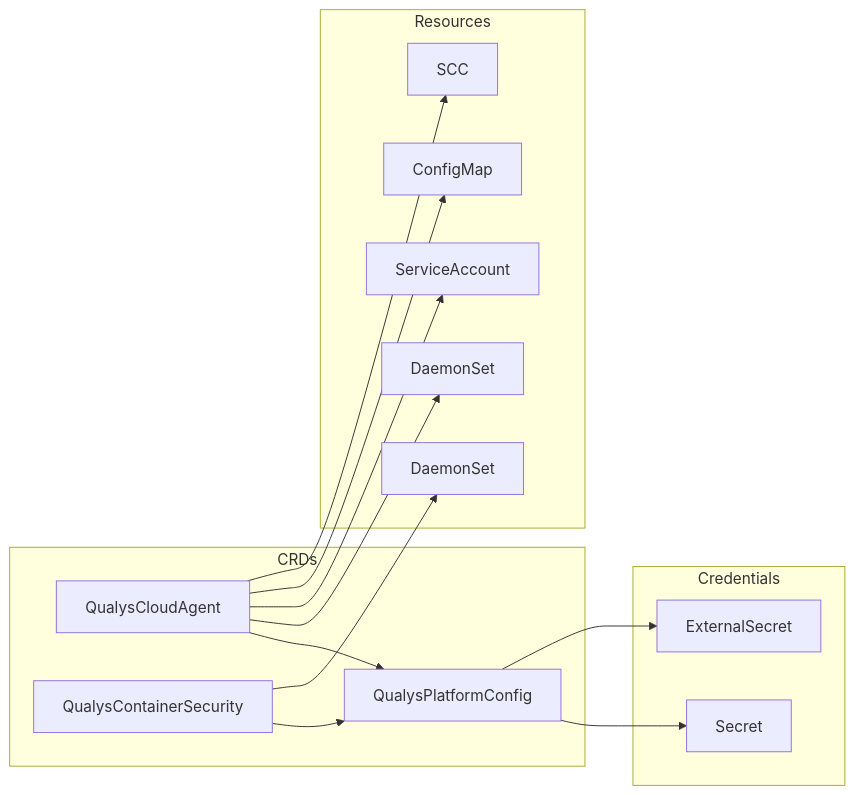
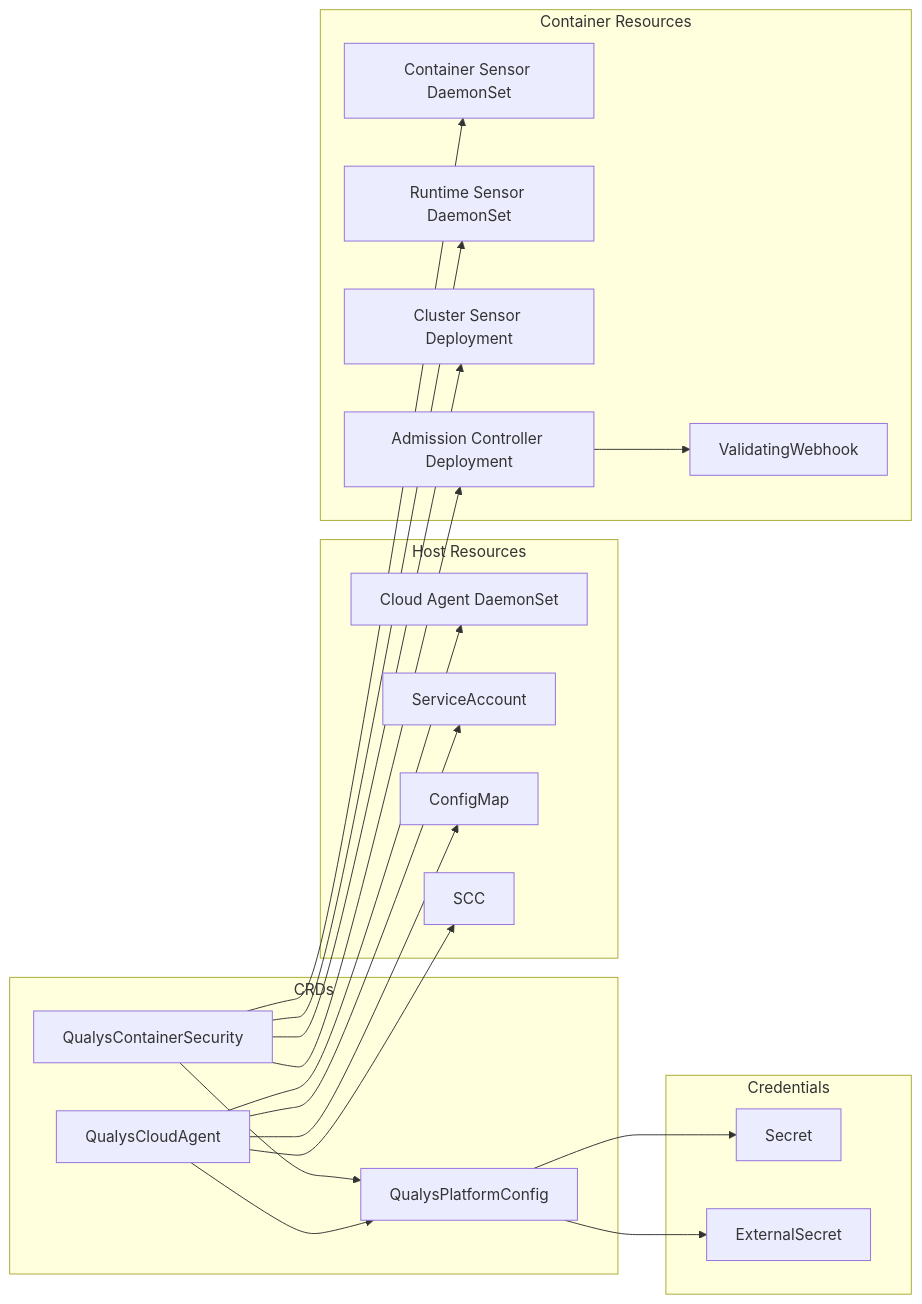
One commit to nelssec/qualys-nanny changed the second of 12 diagrams in docs/blog.md. Above: the diagram before and after it, drawn with Mermaid. The commit also changed other lines of this file and 10 other files, not shown here.

````diff
--- a/docs/blog.md
+++ b/docs/blog.md
@@ -42,31 +57,42 @@
 ```mermaid
 flowchart LR
     subgraph CRDs
         PC[QualysPlatformConfig]
         CA[QualysCloudAgent]
         CS[QualysContainerSecurity]
     end
 
     subgraph Credentials
         SEC[Secret]
         ESO[ExternalSecret]
     end
 
-    subgraph Resources
-        DS1[DaemonSet]
-        DS2[DaemonSet]
-        SA[ServiceAccount]
-        CM[ConfigMap]
-        SCC[SCC]
+    subgraph "Host Resources"
+        DS1[Cloud Agent DaemonSet]
+        SA1[ServiceAccount]
+        CM1[ConfigMap]
+        SCC1[SCC]
+    end
+
+    subgraph "Container Resources"
+        DS2[Container Sensor DaemonSet]
+        DS3[Runtime Sensor DaemonSet]
+        DEP1[Cluster Sensor Deployment]
+        DEP2[Admission Controller Deployment]
+        WH[ValidatingWebhook]
     end
 
     PC --> SEC
     PC --> ESO
     CA --> PC
     CS --> PC
     CA --> DS1
-    CA --> SA
-    CA --> CM
-    CA --> SCC
+    CA --> SA1
+    CA --> CM1
+    CA --> SCC1
     CS --> DS2
+    CS --> DS3
+    CS --> DEP1
+    CS --> DEP2
+    DEP2 --> WH
 ```
````
